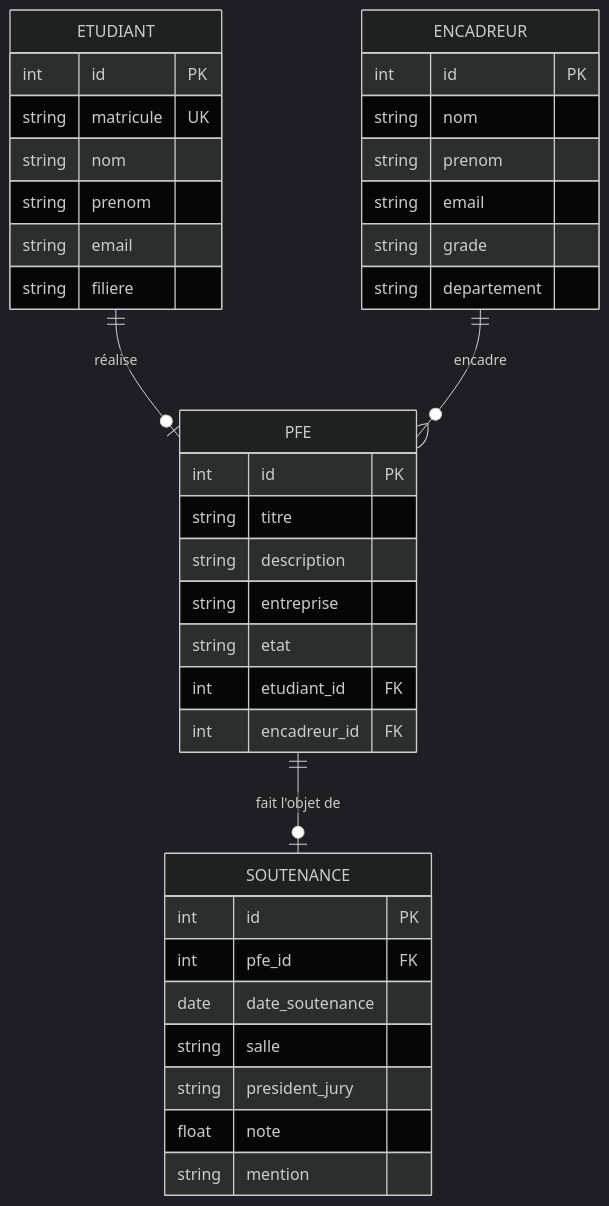
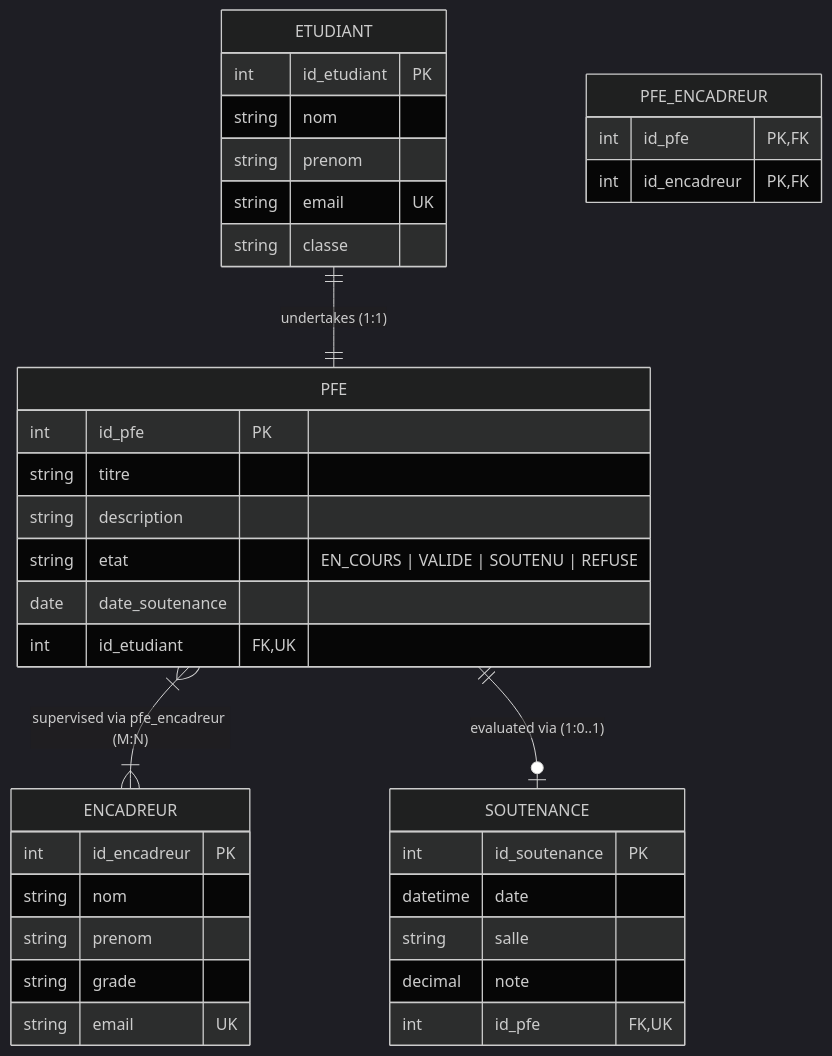
The diagram in README.md (IsraElAmri/gestion-pfe), drawn with Mermaid (dark theme) before and after one commit. The commit also changed other lines of this file and 5 other files, not shown here.

Commit message:
fix: untrack credentials, correct schema relationship and add French documentation

````diff
--- a/README.md
+++ b/README.md
@@ -62,41 +22,40 @@
 ```mermaid
 erDiagram
-    ETUDIANT ||--o| PFE : "réalise"
-    ENCADREUR ||--o{ PFE : "encadre"
-    PFE ||--o| SOUTENANCE : "fait l'objet de"
+    ETUDIANT ||--|| PFE : "undertakes (1:1)"
+    PFE }|--|{ ENCADREUR : "supervised via pfe_encadreur (M:N)"
+    PFE ||--o| SOUTENANCE : "evaluated via (1:0..1)"
 
     ETUDIANT {
-        int id PK
-        string matricule UK
+        int id_etudiant PK
         string nom
         string prenom
-        string email
-        string filiere
+        string email UK
+        string classe
     }
     ENCADREUR {
-        int id PK
+        int id_encadreur PK
         string nom
         string prenom
-        string email
         string grade
-        string departement
+        string email UK
     }
     PFE {
-        int id PK
+        int id_pfe PK
         string titre
         string description
-        string entreprise
-        string etat
-        int etudiant_id FK
-        int encadreur_id FK
+        string etat "EN_COURS | VALIDE | SOUTENU | REFUSE"
+        date date_soutenance
+        int id_etudiant FK,UK
+    }
+    PFE_ENCADREUR {
+        int id_pfe PK,FK
+        int id_encadreur PK,FK
     }
     SOUTENANCE {
-        int id PK
-        int pfe_id FK
-        date date_soutenance
+        int id_soutenance PK
+        datetime date
         string salle
-        string president_jury
-        float note
-        string mention
+        decimal note
+        int id_pfe FK,UK
     }
 ```
````
